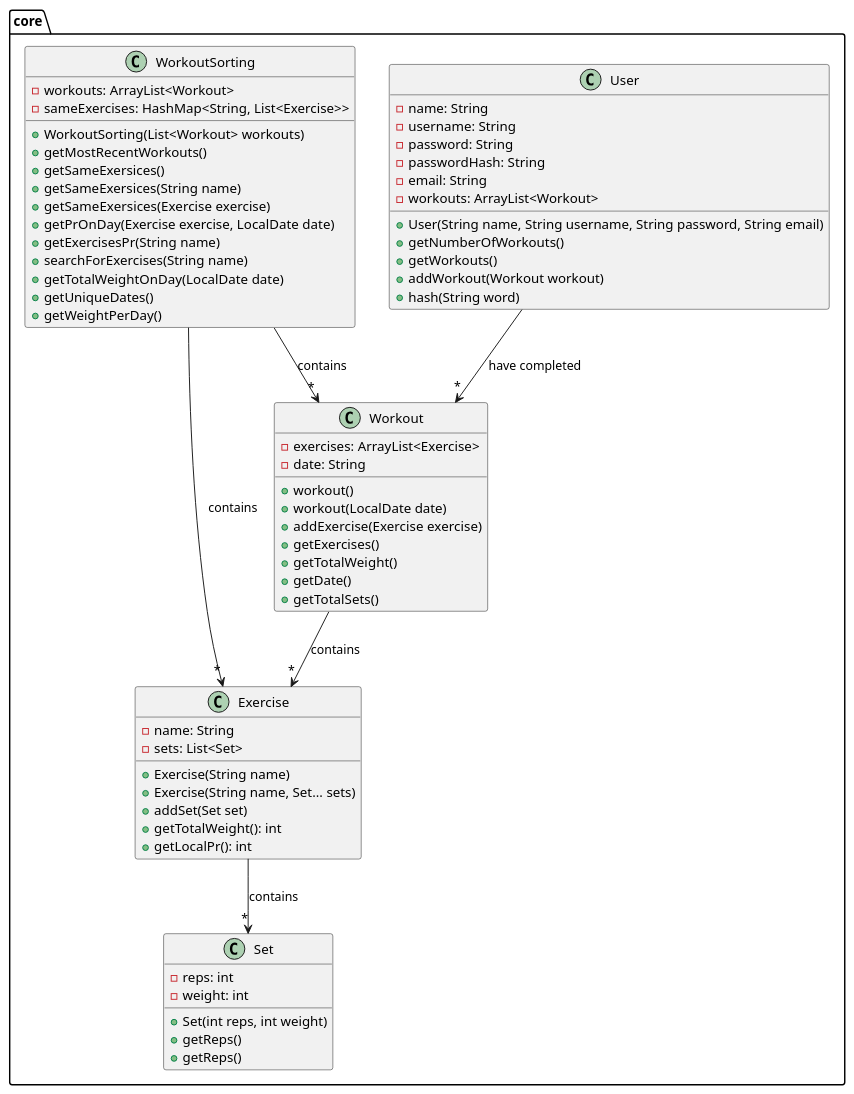
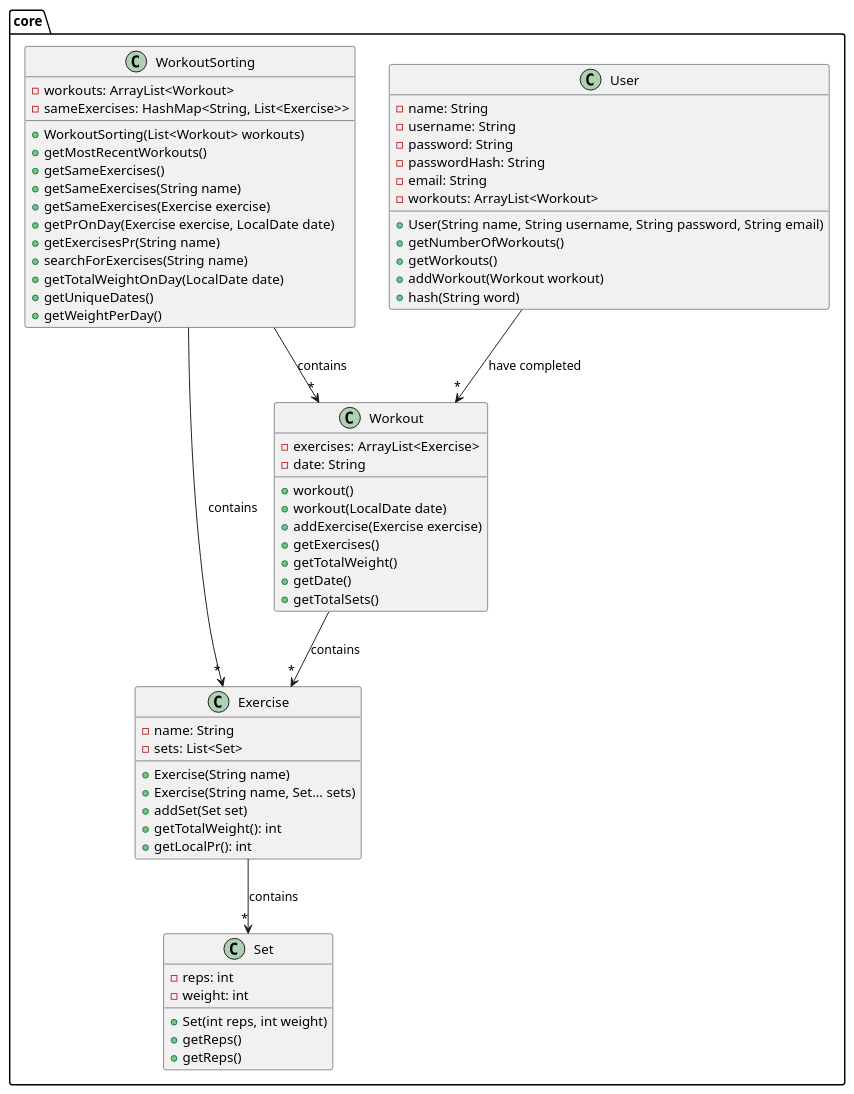
Before and after one commit to martirev/LOFT: the diagram in docs/release2/PlantUMLFiles/coreClassDiagram.puml, drawn with PlantUML. The commit also changed 2 other files, not shown here.

```diff
--- a/docs/release2/PlantUMLFiles/coreClassDiagram.puml
+++ b/docs/release2/PlantUMLFiles/coreClassDiagram.puml
@@ -1,72 +1,72 @@
 @startuml coreClassDiagram
 
 package core {
     class Exercise {
         - name: String
         -sets: List<Set>
 
         +Exercise(String name)
         +Exercise(String name, Set... sets)
         +addSet(Set set)
         +getTotalWeight(): int
         +getLocalPr(): int
     }
     class Set {
         -reps: int
         -weight: int
 
         +Set(int reps, int weight)
         +getReps()
         +getReps()
     }
     class User {
         - name: String
         - username: String
         -password: String
         -passwordHash: String
         -email: String
         -workouts: ArrayList<Workout>
 
         +User(String name, String username, String password, String email)
         +getNumberOfWorkouts()
         +getWorkouts()
         +addWorkout(Workout workout)
         +hash(String word)
     }
     class Workout {
         -exercises: ArrayList<Exercise>
         -date: String
 
         +workout()
         +workout(LocalDate date)
         +addExercise(Exercise exercise)
         +getExercises()
         +getTotalWeight()
         +getDate()
         +getTotalSets()
     }
     class WorkoutSorting {
         -workouts: ArrayList<Workout>
         -sameExercises: HashMap<String, List<Exercise>>
 
         +WorkoutSorting(List<Workout> workouts)
         +getMostRecentWorkouts()
-        +getSameExersices()
-        +getSameExersices(String name)
-        +getSameExersices(Exercise exercise)
+        +getSameExercises()
+        +getSameExercises(String name)
+        +getSameExercises(Exercise exercise)
         +getPrOnDay(Exercise exercise, LocalDate date)
         +getExercisesPr(String name)
         +searchForExercises(String name)
         +getTotalWeightOnDay(LocalDate date)
         +getUniqueDates()
         +getWeightPerDay()
     }
 
     WorkoutSorting --> "*" Workout: contains
     WorkoutSorting --> "*" Exercise: contains
     User --> "*"  Workout: have completed
     Workout --> "*" Exercise: contains
     Exercise  --> "*" Set: contains
 
 }
 @enduml
```
